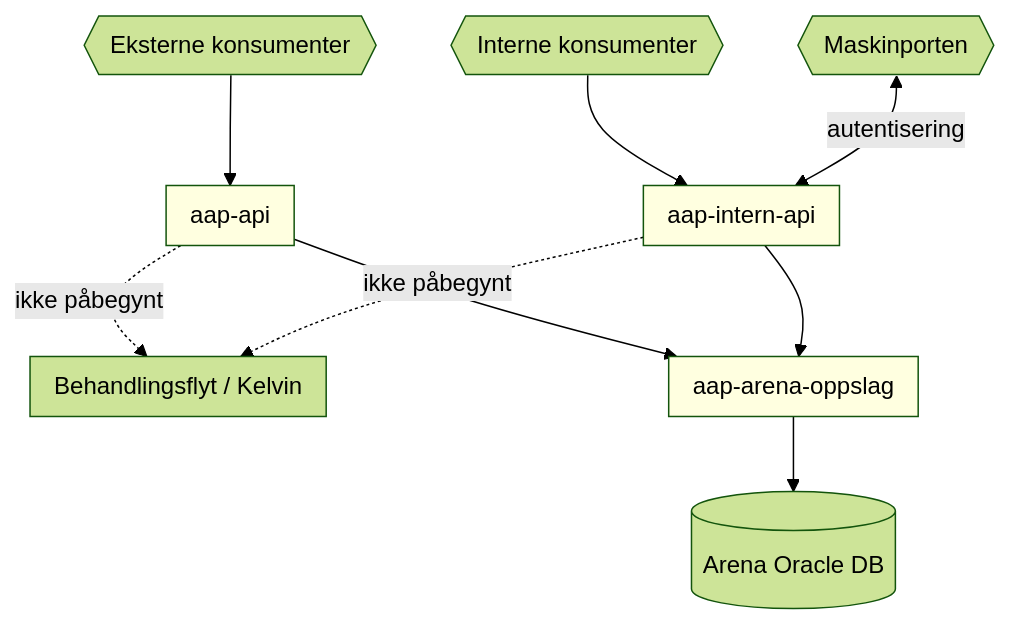
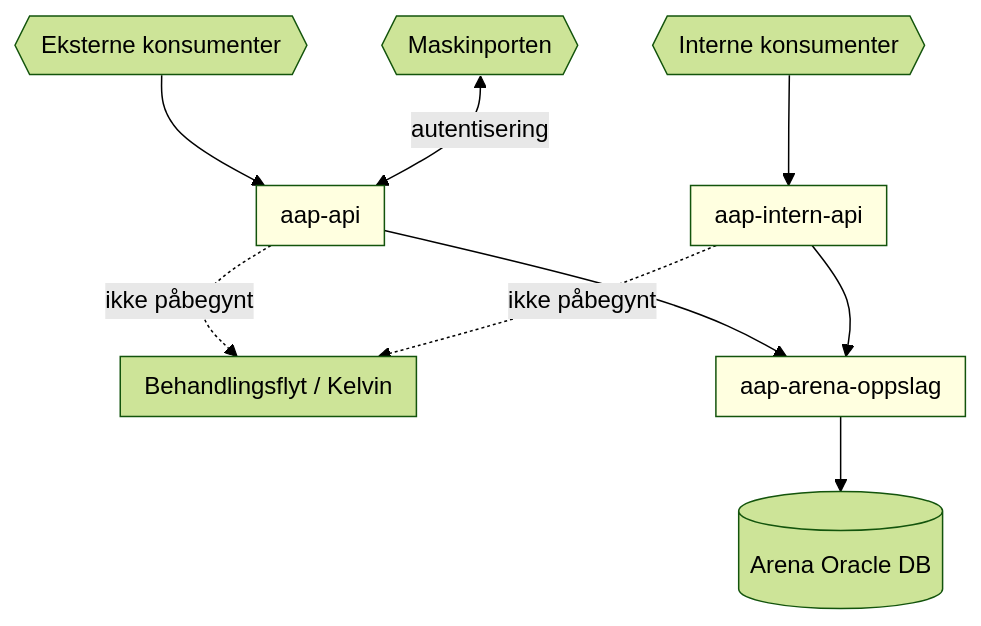
The diagram in docs/funksjonalitet/10_Datadeling/funksjonell.md (navikt/aap-intern-sysdok), drawn with Mermaid before and after one commit.

Commit message:
Fikser korrekt maskinporten-tilkobling i diagram

````diff
--- a/docs/funksjonalitet/10_Datadeling/funksjonell.md
+++ b/docs/funksjonalitet/10_Datadeling/funksjonell.md
@@ -13,43 +13,43 @@
 ```mermaid
 ---
 config:
   theme: forest
 ---
 flowchart TB
     subgraph aap-api
         direction TB
     end
     subgraph aap-intern-api
         direction TB
     end
     
     subgraph aap-arena-oppslag
         direction TB
     end
     
     subgraph behandlingsflyt [Behandlingsflyt / Kelvin ]
         direction TB
     end
     
     maskinporten{{ Maskinporten }}
     
     outside{{ Eksterne konsumenter }}
     interne{{ Interne konsumenter}}
     arena[( Arena Oracle DB )]
 
     outside --> aap-api
     interne --> aap-intern-api
     
-    maskinporten <-- autentisering --> aap-intern-api
+    maskinporten <-- autentisering --> aap-api
     
     aap-api --> aap-arena-oppslag
     aap-intern-api --> aap-arena-oppslag
     
     aap-arena-oppslag --> arena
     aap-api -. ikke påbegynt .-> behandlingsflyt
     aap-intern-api -. ikke påbegynt .-> behandlingsflyt
     
     style aap-api fill:#FFFFE0
     style aap-intern-api fill:#FFFFE0
     style aap-arena-oppslag fill:#FFFFE0
 ```
````
